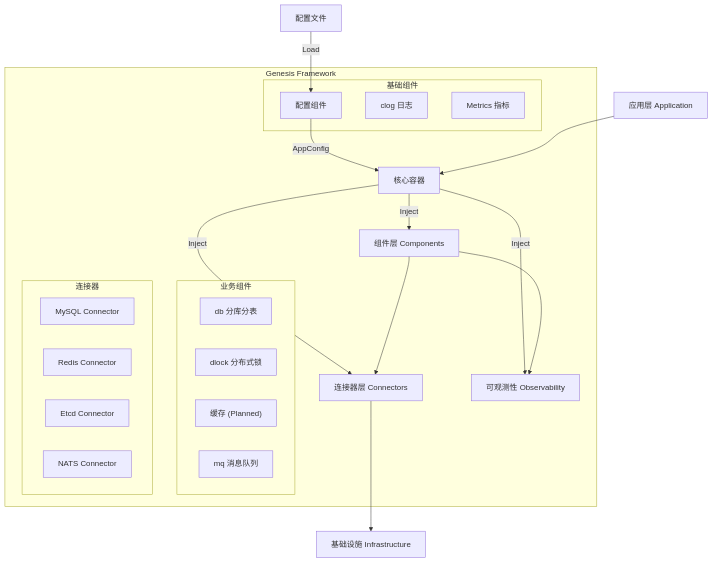
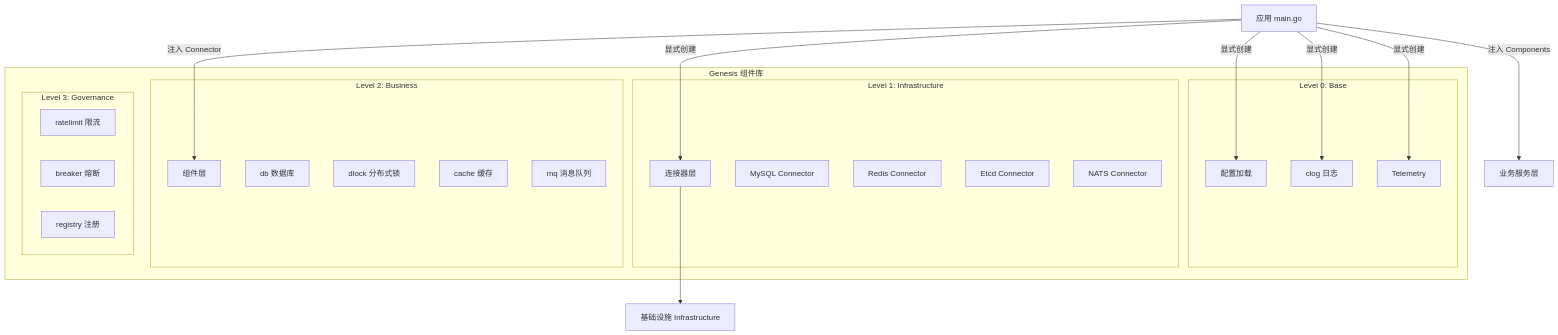
One commit to ceyewan/genesis changed the diagram in docs/genesis-design.md. Above: the diagram before and after it, drawn with Mermaid. The commit also changed other lines of this file and 9 other files, not shown here.

````diff
--- a/docs/genesis-design.md
+++ b/docs/genesis-design.md
@@ -31,38 +52,42 @@
 ```mermaid
 graph TD
-    ConfigFile[配置文件] -->|Load| Config[配置组件]
-    Config -->|AppConfig| Container[核心容器]
+    App[应用 main.go] -->|显式创建| Config[配置加载]
+    App -->|显式创建| Logger[clog 日志]
+    App -->|显式创建| Tel[Telemetry]
     
-    App[应用层 Application] --> Container
+    App -->|显式创建| Connectors[连接器层]
+    App -->|注入 Connector| Components[组件层]
+    App -->|注入 Components| Services[业务服务层]
     
-    subgraph "Genesis Framework"
-        Container -->|Inject| Components[组件层 Components]
-        Container -->|Inject| Connectors[连接器层 Connectors]
-        Container -->|Inject| Observability[可观测性 Observability]
-        
-        Components --> Connectors
-        Components --> Observability
-        
-        subgraph "基础组件"
-            Log[clog 日志]
+    subgraph "Genesis 组件库"
+        subgraph "Level 0: Base"
+            Logger
             Config
-            Metrics[Metrics 指标]
+            Tel
         end
         
-        subgraph "业务组件"
-            DB[db 分库分表]
-            DLock[dlock 分布式锁]
-            Cache["缓存 (Planned)"]
-            MQ[mq 消息队列]
-        end
-        
-        subgraph "连接器"
+        subgraph "Level 1: Infrastructure"
+            Connectors
             MySQL[MySQL Connector]
             Redis[Redis Connector]
             Etcd[Etcd Connector]
             NATS[NATS Connector]
         end
+        
+        subgraph "Level 2: Business"
+            Components
+            DB[db 数据库]
+            DLock[dlock 分布式锁]
+            Cache[cache 缓存]
+            MQ[mq 消息队列]
+        end
+        
+        subgraph "Level 3: Governance"
+            RateLimit[ratelimit 限流]
+            Breaker[breaker 熔断]
+            Registry[registry 注册]
+        end
     end
     
     Connectors --> Infra[基础设施 Infrastructure]
 ```
````
